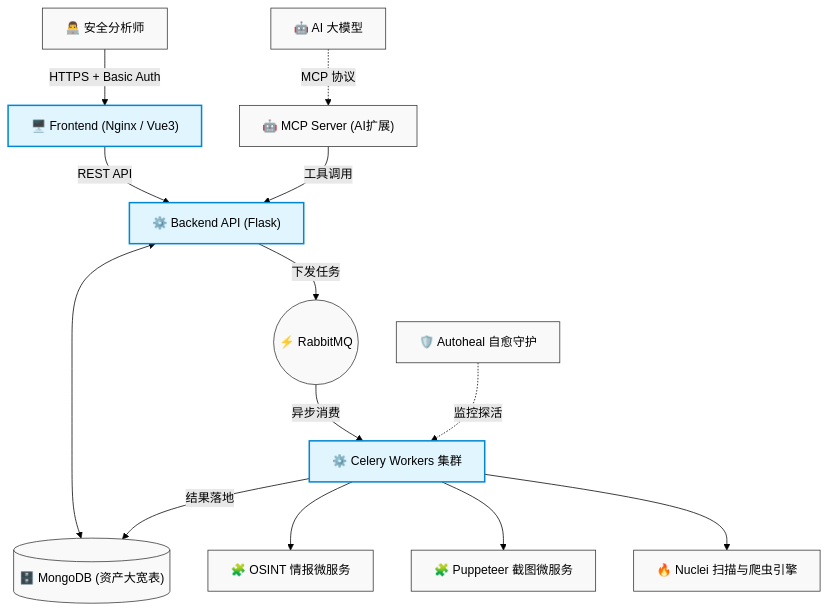
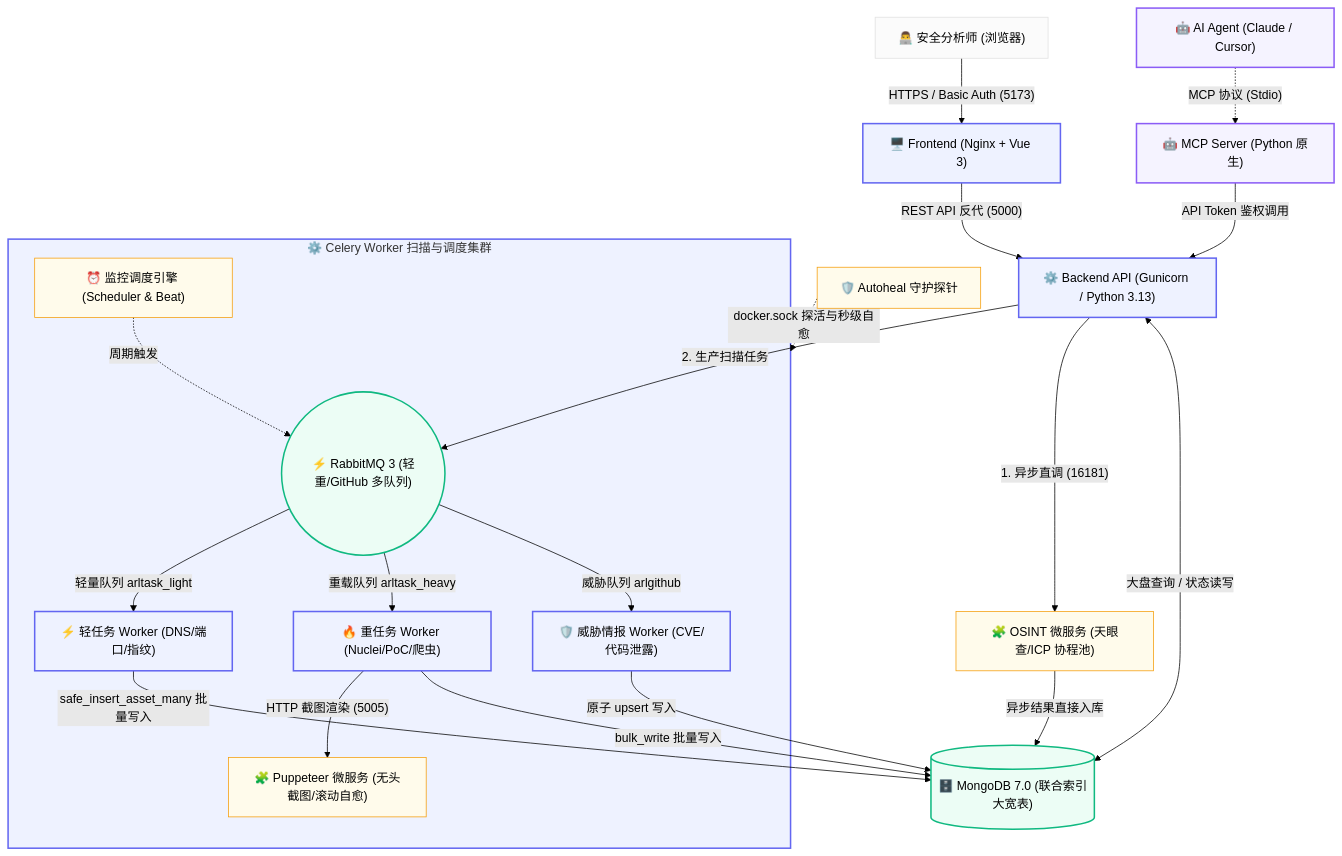
Before and after one commit to mssky9527/ARL-Next: the diagram in README.md, drawn with Mermaid (forest theme). The commit also changed other lines of this file and 224 other files, not shown here.

````diff
--- a/README.md
+++ b/README.md
@@ -86,24 +119,44 @@
 ```mermaid
 graph TD
-    User["👨‍💻 安全分析师"] -->|HTTPS + Basic Auth| Nginx["🖥️ Frontend (Nginx / Vue3)"]
-    Agent["🤖 AI 大模型"] -.->|MCP 协议| MCP["🤖 MCP Server (AI扩展)"]
+    %% 1. 接入层
+    User["👨‍💻 安全分析师 (浏览器)"] -->|"HTTPS / Basic Auth (5173)"| Nginx["🖥️ Frontend (Nginx + Vue 3)"]
+    Agent["🤖 AI Agent (Claude / Cursor)"] -.->|"MCP 协议 (Stdio)"| MCP["🤖 MCP Server (Python 原生)"]
+
+    %% 2. API 网关层
+    Nginx -->|"REST API 反代 (5000)"| Backend["⚙️ Backend API (Gunicorn / Python 3.13)"]
+    MCP -->|"API Token 鉴权调用"| Backend
+
+    %% 3. 调度与任务分流 (双轨解耦)
+    Backend -->|"1. 异步直调 (16181)"| OSINT["🧩 OSINT 微服务 (天眼查/ICP 协程池)"]
+    Backend -->|"2. 生产扫描任务"| MQ(("⚡ RabbitMQ 3 (轻重/GitHub 多队列)"))
+
+    %% 4. Celery Worker 扫描计算集群
+    subgraph WorkerCluster ["⚙️ Celery Worker 扫描与调度集群"]
+        MQ -->|"轻量队列 arltask_light"| W_Light["⚡ 轻任务 Worker (DNS/端口/指纹)"]
+        MQ -->|"重载队列 arltask_heavy"| W_Heavy["🔥 重任务 Worker (Nuclei/PoC/爬虫)"]
+        MQ -->|"威胁队列 arlgithub"| W_Git["🛡️ 威胁情报 Worker (CVE/代码泄露)"]
+        
+        Scheduler["⏰ 监控调度引擎 (Scheduler & Beat)"] -.->|"周期触发"| MQ
+        W_Heavy -->|"HTTP 截图渲染 (5005)"| Puppeteer["🧩 Puppeteer 微服务 (无头截图/滚动自愈)"]
+    end
+
+    %% 5. 数据统一落库 (从上往下自然汇聚，彻底杜绝线条交叉穿透)
+    Backend <-->|"大盘查询 / 状态读写"| DB[("🗄️ MongoDB 7.0 (联合索引大宽表)")]
+    OSINT -->|"异步结果直接入库"| DB
+    W_Light -->|"safe_insert_asset_many 批量写入"| DB
+    W_Heavy -->|"bulk_write 批量写入"| DB
+    W_Git -->|"原子 upsert 写入"| DB
+
+    Autoheal["🛡️ Autoheal 守护探针"] -.->|"docker.sock 探活与秒级自愈"| WorkerCluster
+
+    classDef default fill:#fbfbfb,stroke:#e0e0e0,stroke-width:1px;
+    classDef core fill:#eef2ff,stroke:#6366f1,stroke-width:2px;
+    classDef ai fill:#f5f3ff,stroke:#8b5cf6,stroke-width:2px;
+    classDef db fill:#ecfdf5,stroke:#10b981,stroke-width:2px;
+    classDef micro fill:#fffbeb,stroke:#f59e0b,stroke-width:1px;
     
-    Nginx -->|REST API| Backend["⚙️ Backend API (Flask)"]
-    MCP -->|工具调用| Backend
-    
-    Backend <--> DB[("🗄️ MongoDB (资产大宽表)")]
-    
-    Backend -->|下发任务| MQ(("⚡ RabbitMQ"))
-    MQ -->|异步消费| Workers["⚙️ Celery Workers 集群"]
-    
-    Workers -->|结果落地| DB
-    
-    Workers --> OSINT["🧩 OSINT 情报微服务"]
-    Workers --> Puppeteer["🧩 Puppeteer 截图微服务"]
-    Workers --> Nuclei["🔥 Nuclei 扫描与爬虫引擎"]
-    Autoheal["🛡️ Autoheal 自愈守护"] -.->|监控探活| Workers
-    
-    classDef default fill:#f9f9f9,stroke:#333,stroke-width:1px;
-    classDef core fill:#e1f5fe,stroke:#0288d1,stroke-width:2px;
-    class Nginx,Backend,Workers core;
+    class Nginx,Backend,WorkerCluster,W_Light,W_Heavy,W_Git core;
+    class Agent,MCP ai;
+    class DB,MQ db;
+    class OSINT,Puppeteer,Autoheal,Scheduler micro;
 ```
````
